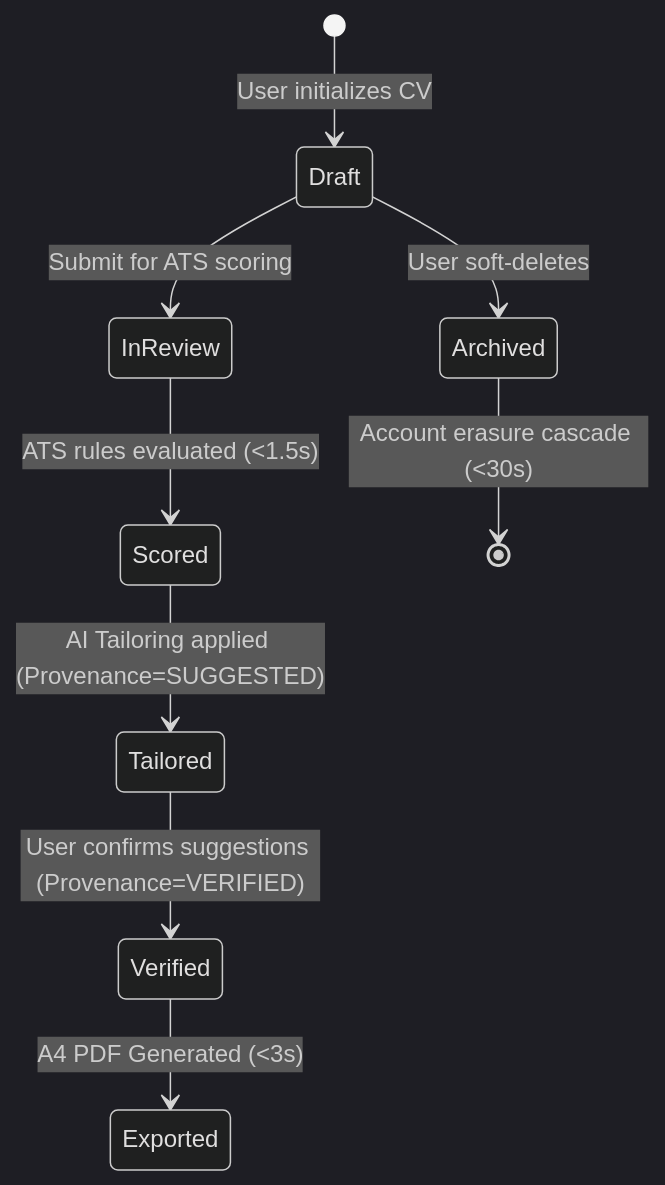
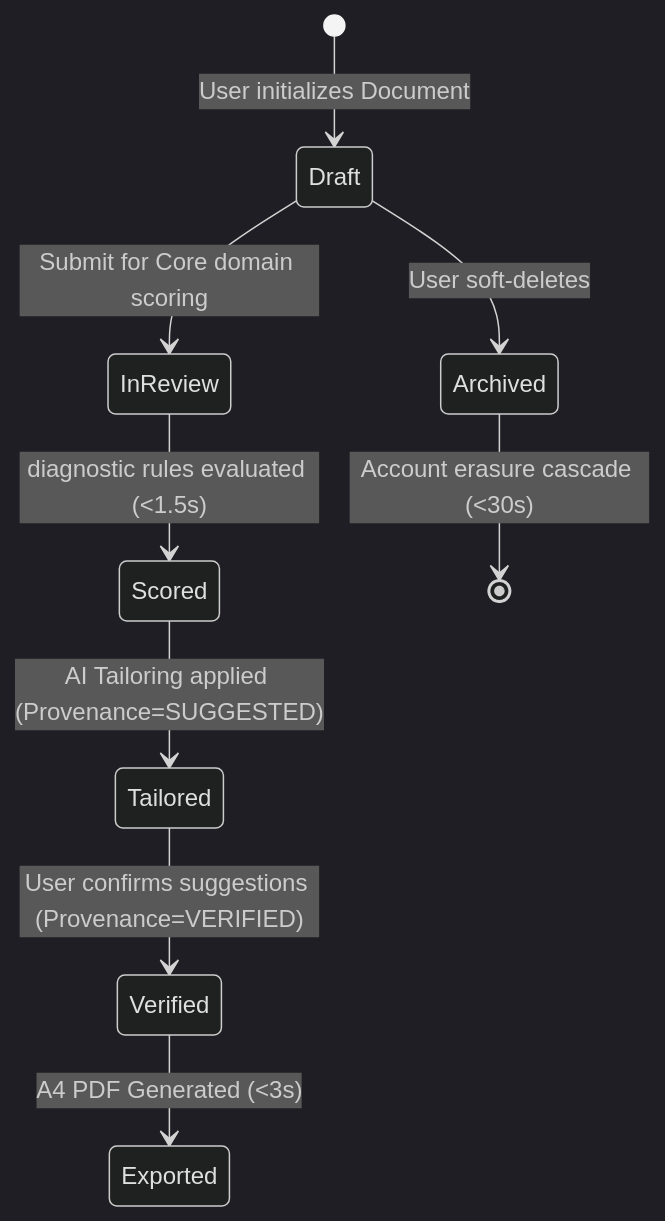
Before and after one commit to adjiehf231/AI-MASTER-ORCHESTRATOR-DEVELOPMENT: the first of 2 diagrams in skills/system-modeling/SKILL.md, drawn with Mermaid (dark theme). The commit also changed other lines of this file and 139 other files, not shown here.

````diff
--- a/skills/system-modeling/SKILL.md
+++ b/skills/system-modeling/SKILL.md
@@ -18,11 +18,11 @@
 ```mermaid
 stateDiagram-v2
-    [*] --> Draft: User initializes CV
-    Draft --> InReview: Submit for ATS scoring
-    InReview --> Scored: ATS rules evaluated (<1.5s)
+    [*] --> Draft: User initializes Document
+    Draft --> InReview: Submit for Core domain scoring
+    InReview --> Scored: diagnostic rules evaluated (<1.5s)
     Scored --> Tailored: AI Tailoring applied (Provenance=SUGGESTED)
     Tailored --> Verified: User confirms suggestions (Provenance=VERIFIED)
     Verified --> Exported: A4 PDF Generated (<3s)
     Draft --> Archived: User soft-deletes
     Archived --> [*]: Account erasure cascade (<30s)
 ```
````
